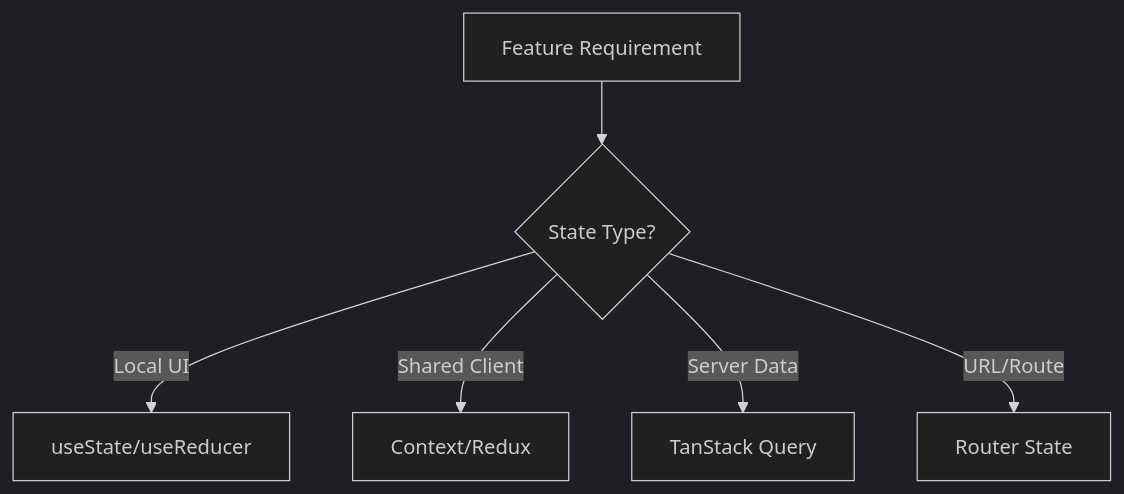
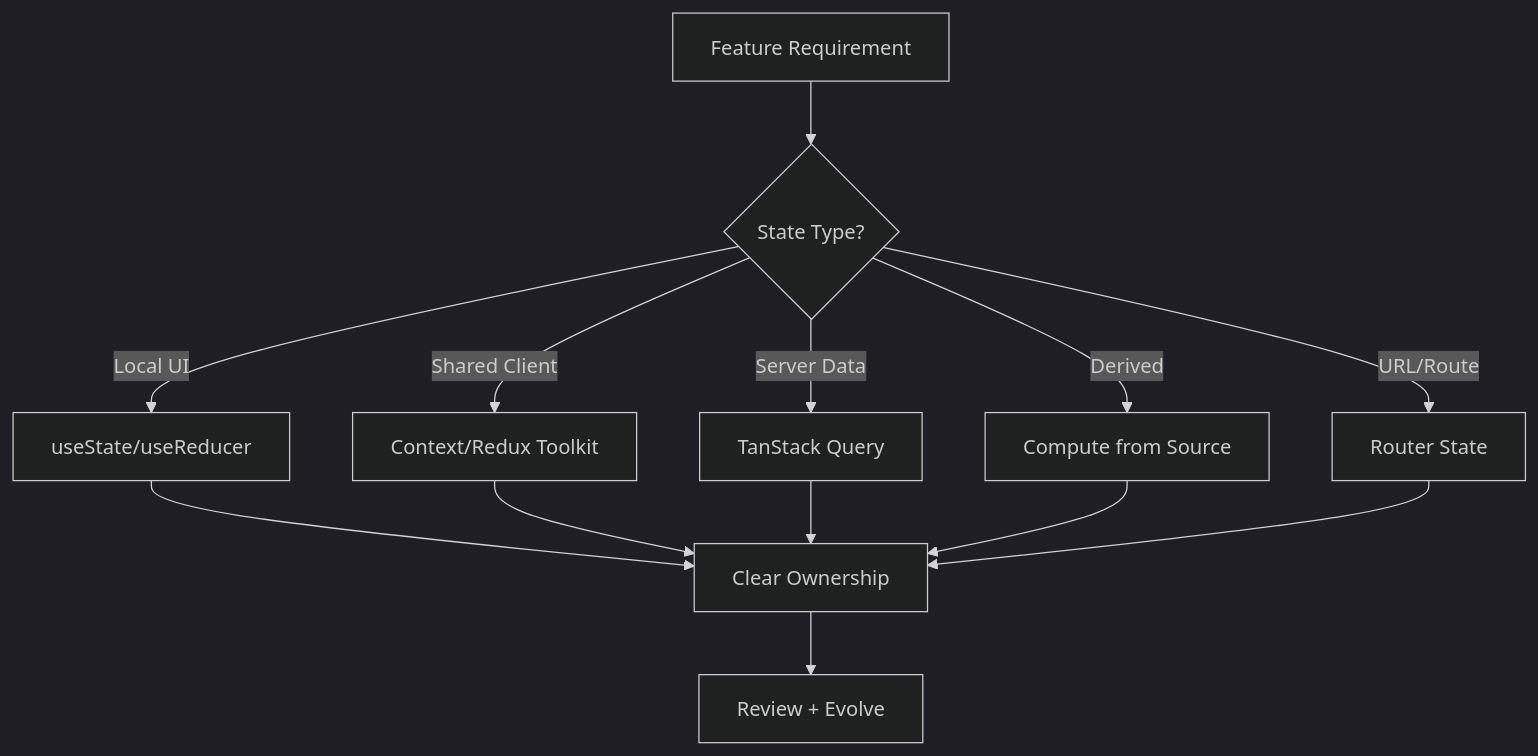
One commit to kaushalkumar8459/CodingTerminal-Tutorial-Notes changed the diagram in tutorial-platform/public/tutorials/react/day-095-state-strategy-design.md. Above: the diagram before and after it, drawn with Mermaid (dark theme). The commit also changed other lines of this file, not shown here.

````diff
--- a/tutorial-platform/public/tutorials/react/day-095-state-strategy-design.md
+++ b/tutorial-platform/public/tutorials/react/day-095-state-strategy-design.md
@@ -177,8 +199,15 @@
 ```mermaid
 flowchart TD
 	A[Feature Requirement] --> B{State Type?}
 	B -->|Local UI| C[useState/useReducer]
-	B -->|Shared Client| D[Context/Redux]
+	B -->|Shared Client| D[Context/Redux Toolkit]
 	B -->|Server Data| E[TanStack Query]
-	B -->|URL/Route| F[Router State]
+	B -->|Derived| F[Compute from Source]
+	B -->|URL/Route| G[Router State]
+	C --> H[Clear Ownership]
+	D --> H
+	E --> H
+	F --> H
+	G --> H
+	H --> I[Review + Evolve]
 ```
````
